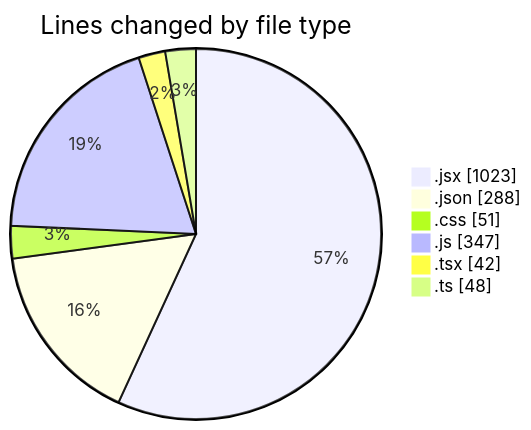
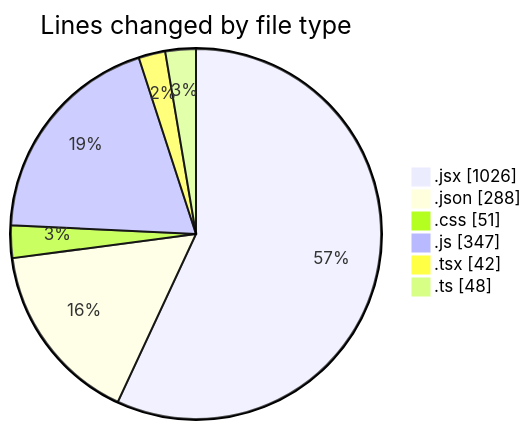
The first of 2 diagrams in 2026-03-19/commonwealth-front-end-task/README.md (momahboobian/code-tracking), drawn with Mermaid before and after one commit. The commit also changed other lines of this file and 1 other file, not shown here.

````diff
--- a/2026-03-19/commonwealth-front-end-task/README.md
+++ b/2026-03-19/commonwealth-front-end-task/README.md
@@ -39,10 +39,10 @@
 ```mermaid
 pie showData
 title Lines changed by file type
-".jsx" : 1023
+".jsx" : 1026
 ".json" : 288
 ".css" : 51
 ".js" : 347
 ".tsx" : 42
 ".ts" : 48
 ```
````
